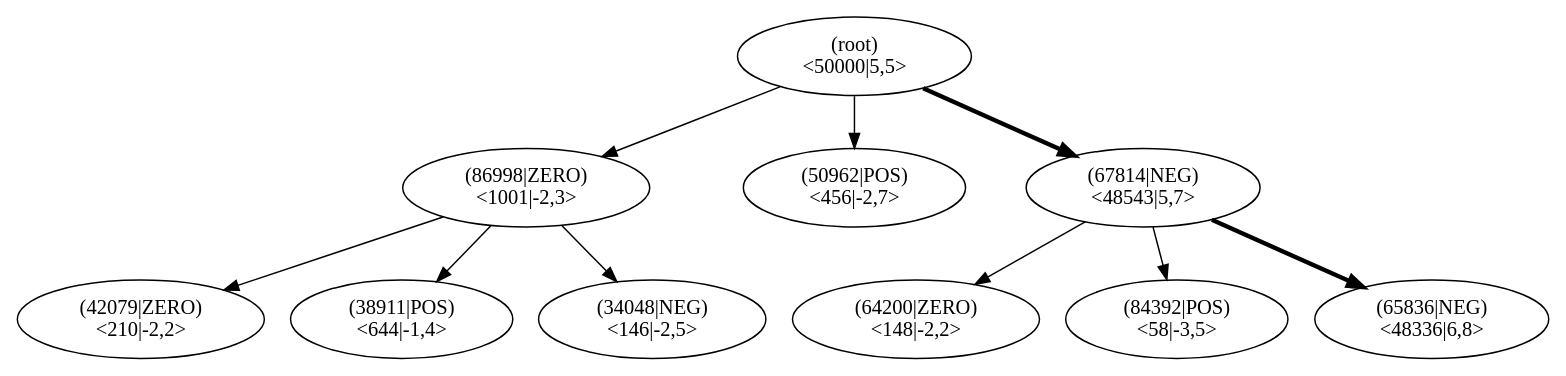
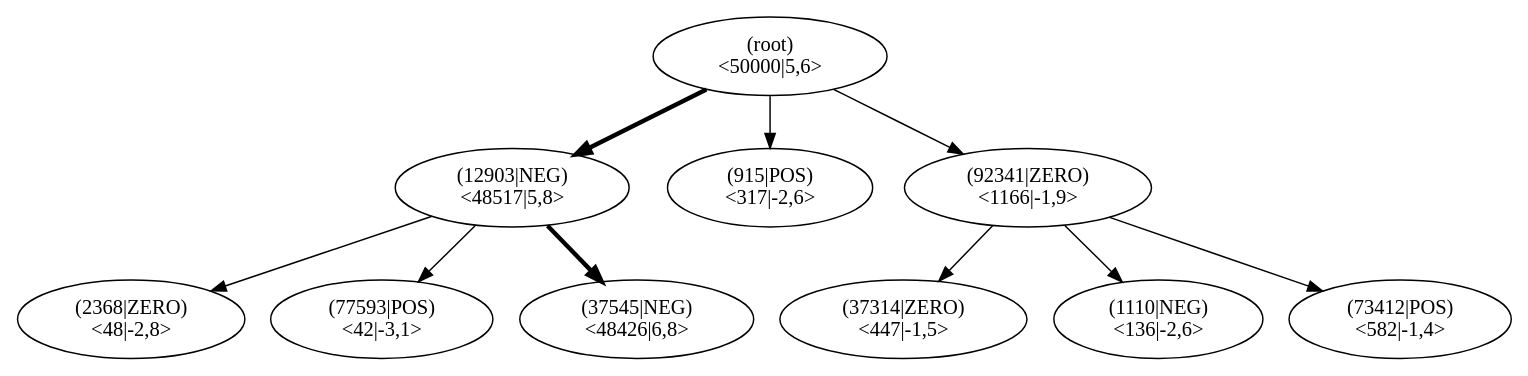
Before and after one commit to JonasHellgren/relexp-java: the diagram in pictures/ch13/lane_test_mcts.dot, drawn with Graphviz. The commit also changed 22 other files, not shown here.

```diff
--- a/pictures/ch13/lane_test_mcts.dot
+++ b/pictures/ch13/lane_test_mcts.dot
@@ -1,32 +1,32 @@
 digraph MCTS {
 node [shape=ellipse];
 Nroot [label="(root)
-<50000|5,5>"];
-Nroot -> N86998[penwidth=1];
-N86998 [label="(86998|ZERO)
-<1001|-2,3>"];
-N86998 -> N42079[penwidth=1];
-N42079 [label="(42079|ZERO)
-<210|-2,2>"];
-N86998 -> N38911[penwidth=1];
-N38911 [label="(38911|POS)
-<644|-1,4>"];
-N86998 -> N34048[penwidth=1];
-N34048 [label="(34048|NEG)
-<146|-2,5>"];
-Nroot -> N50962[penwidth=1];
-N50962 [label="(50962|POS)
-<456|-2,7>"];
-Nroot -> N67814[penwidth=3];
-N67814 [label="(67814|NEG)
-<48543|5,7>"];
-N67814 -> N64200[penwidth=1];
-N64200 [label="(64200|ZERO)
-<148|-2,2>"];
-N67814 -> N84392[penwidth=1];
-N84392 [label="(84392|POS)
-<58|-3,5>"];
-N67814 -> N65836[penwidth=3];
-N65836 [label="(65836|NEG)
-<48336|6,8>"];
+<50000|5,6>"];
+Nroot -> N12903[penwidth=3];
+N12903 [label="(12903|NEG)
+<48517|5,8>"];
+N12903 -> N2368[penwidth=1];
+N2368 [label="(2368|ZERO)
+<48|-2,8>"];
+N12903 -> N77593[penwidth=1];
+N77593 [label="(77593|POS)
+<42|-3,1>"];
+N12903 -> N37545[penwidth=3];
+N37545 [label="(37545|NEG)
+<48426|6,8>"];
+Nroot -> N915[penwidth=1];
+N915 [label="(915|POS)
+<317|-2,6>"];
+Nroot -> N92341[penwidth=1];
+N92341 [label="(92341|ZERO)
+<1166|-1,9>"];
+N92341 -> N37314[penwidth=1];
+N37314 [label="(37314|ZERO)
+<447|-1,5>"];
+N92341 -> N1110[penwidth=1];
+N1110 [label="(1110|NEG)
+<136|-2,6>"];
+N92341 -> N73412[penwidth=1];
+N73412 [label="(73412|POS)
+<582|-1,4>"];
 }
```
